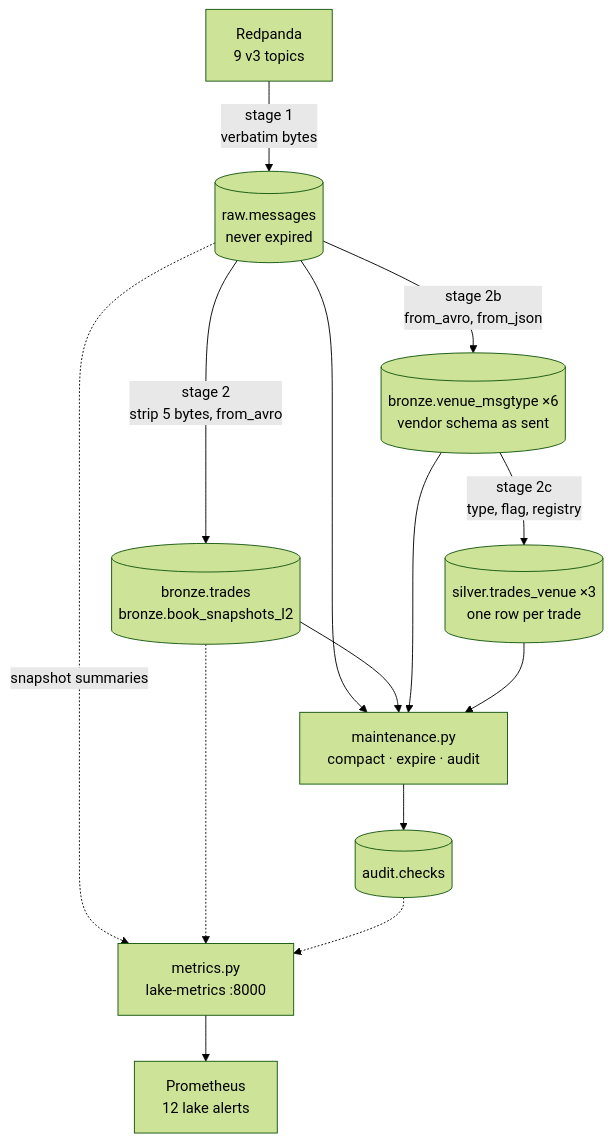
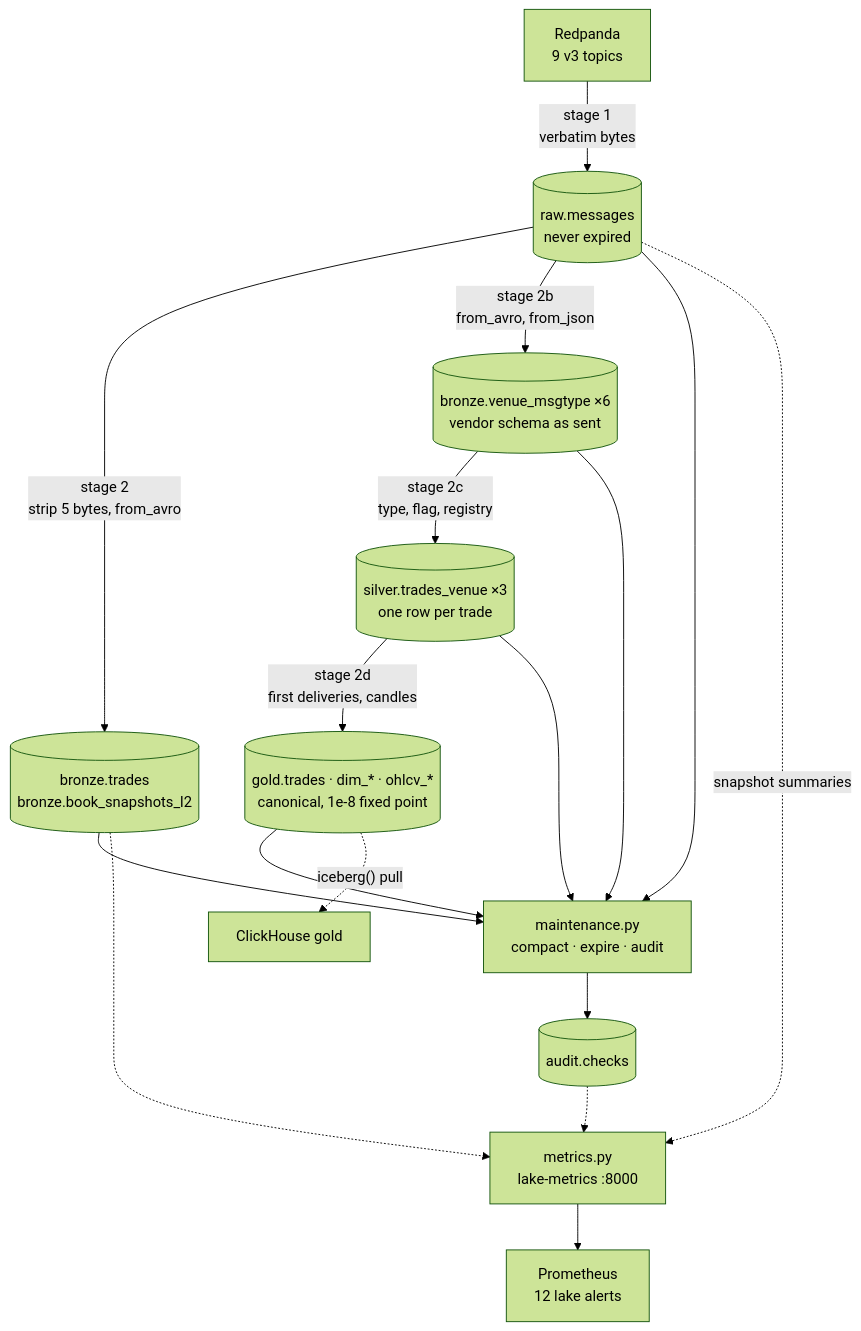
Before and after one commit to rjdscott/k2-market-data-platform: the diagram in docker/lake/README.md, drawn with Mermaid (forest theme). The commit also changed other lines of this file and 18 other files, not shown here.

````diff
--- a/docker/lake/README.md
+++ b/docker/lake/README.md
@@ -38,16 +39,19 @@
 ```mermaid
 flowchart TB
   RP[Redpanda<br/>9 v3 topics] -->|stage 1<br/>verbatim bytes| RAW[(raw.messages<br/>never expired)]
   RAW -->|stage 2<br/>strip 5 bytes, from_avro| BR[(bronze.trades<br/>bronze.book_snapshots_l2)]
   RAW -->|stage 2b<br/>from_avro, from_json| BV[(bronze.venue_msgtype ×6<br/>vendor schema as sent)]
   BV -->|stage 2c<br/>type, flag, registry| SV[(silver.trades_venue ×3<br/>one row per trade)]
+  SV -->|stage 2d<br/>first deliveries, candles| GD[(gold.trades · dim_* · ohlcv_*<br/>canonical, 1e-8 fixed point)]
   RAW --> MNT[maintenance.py<br/>compact · expire · audit]
   BR --> MNT
   BV --> MNT
   SV --> MNT
+  GD --> MNT
+  GD -.iceberg() pull.-> CH[ClickHouse gold]
   MNT --> AUD[(audit.checks)]
   RAW -.snapshot summaries.-> MET[metrics.py<br/>lake-metrics :8000]
   BR -.-> MET
   AUD -.-> MET
   MET --> PROM[Prometheus<br/>12 lake alerts]
 ```
````
